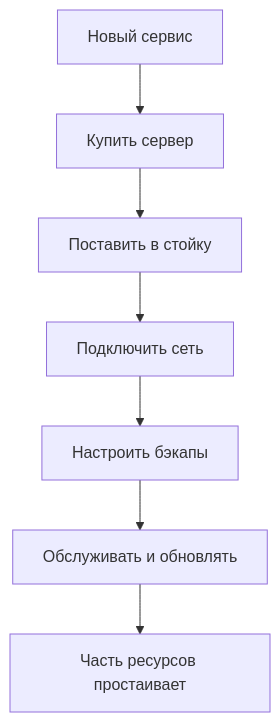
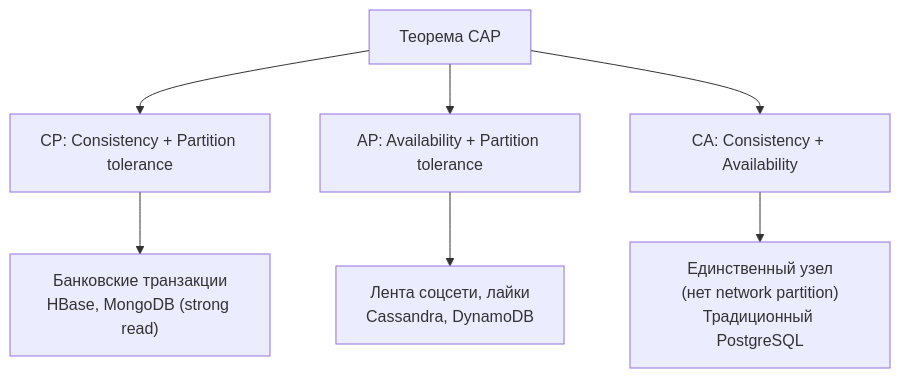
The third of 13 diagrams in content/lectures/Lec9/vitepress.md (Kert0n/KPO), drawn with Mermaid before and after one commit. The commit also changed other lines of this file, not shown here.

````diff
--- a/content/lectures/Lec9/vitepress.md
+++ b/content/lectures/Lec9/vitepress.md
@@ -127,9 +127,9 @@
 ```mermaid
 flowchart TD
-    Need["Новый сервис"] --> Buy["Купить сервер"]
-    Buy --> Rack["Поставить в стойку"]
-    Rack --> Network["Подключить сеть"]
-    Network --> Backup["Настроить бэкапы"]
-    Backup --> Ops["Обслуживать и обновлять"]
-    Ops --> Idle["Часть ресурсов простаивает"]
+    CAP["Теорема CAP"] --> CP["CP: Consistency + Partition tolerance"]
+    CAP --> AP["AP: Availability + Partition tolerance"]
+    CAP --> CA["CA: Consistency + Availability"]
+    CP --> CPex["Банковские транзакции\nHBase, MongoDB (strong read)"]
+    AP --> APex["Лента соцсети, лайки\nCassandra, DynamoDB"]
+    CA --> CAex["Единственный узел\n(нет network partition)\nТрадиционный PostgreSQL"]
 ```
````
